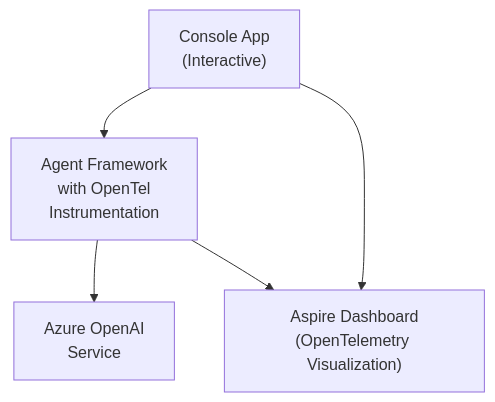
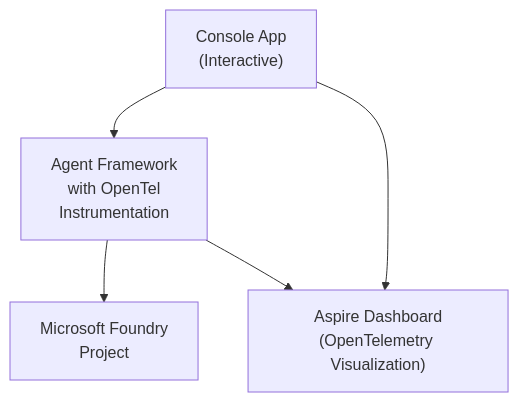
One commit to PetruCTech/Agent-Framework-Python changed the diagram in dotnet/samples/02-agents/AgentOpenTelemetry/README.md. Above: the diagram before and after it, drawn with Mermaid. The commit also changed other lines of this file and 118 other files, not shown here.

````diff
--- a/dotnet/samples/02-agents/AgentOpenTelemetry/README.md
+++ b/dotnet/samples/02-agents/AgentOpenTelemetry/README.md
@@ -15,7 +15,7 @@
 ```mermaid
 graph TD
     A["Console App<br/>(Interactive)"] --> B["Agent Framework<br/>with OpenTel<br/>Instrumentation"]
-    B --> C["Azure OpenAI<br/>Service"]
+    B --> C["Microsoft Foundry<br/>Project"]
     A --> D["Aspire Dashboard<br/>(OpenTelemetry Visualization)"]
     B --> D
 ```
````
